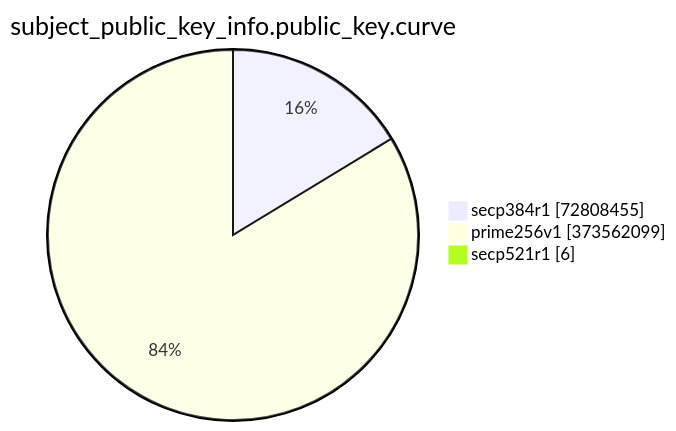
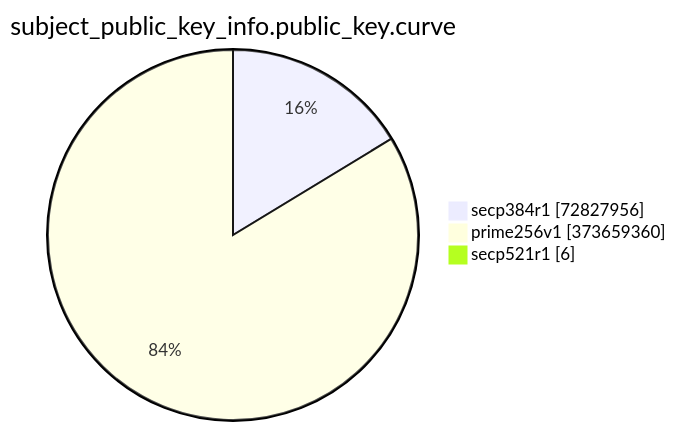
The eighth of 15 diagrams in TOTAL/README.md (christiankrug/ctmonitor_visualization), drawn with Mermaid before and after one commit. The commit also changed other lines of this file, not shown here.

````diff
--- a/TOTAL/README.md
+++ b/TOTAL/README.md
@@ -3092,7 +3092,7 @@
 ```mermaid
 pie showData
 title subject_public_key_info.public_key.curve
-"secp384r1" :72808455
-"prime256v1" :373562099
+"secp384r1" :72827956
+"prime256v1" :373659360
 "secp521r1" :6
 ```
````
